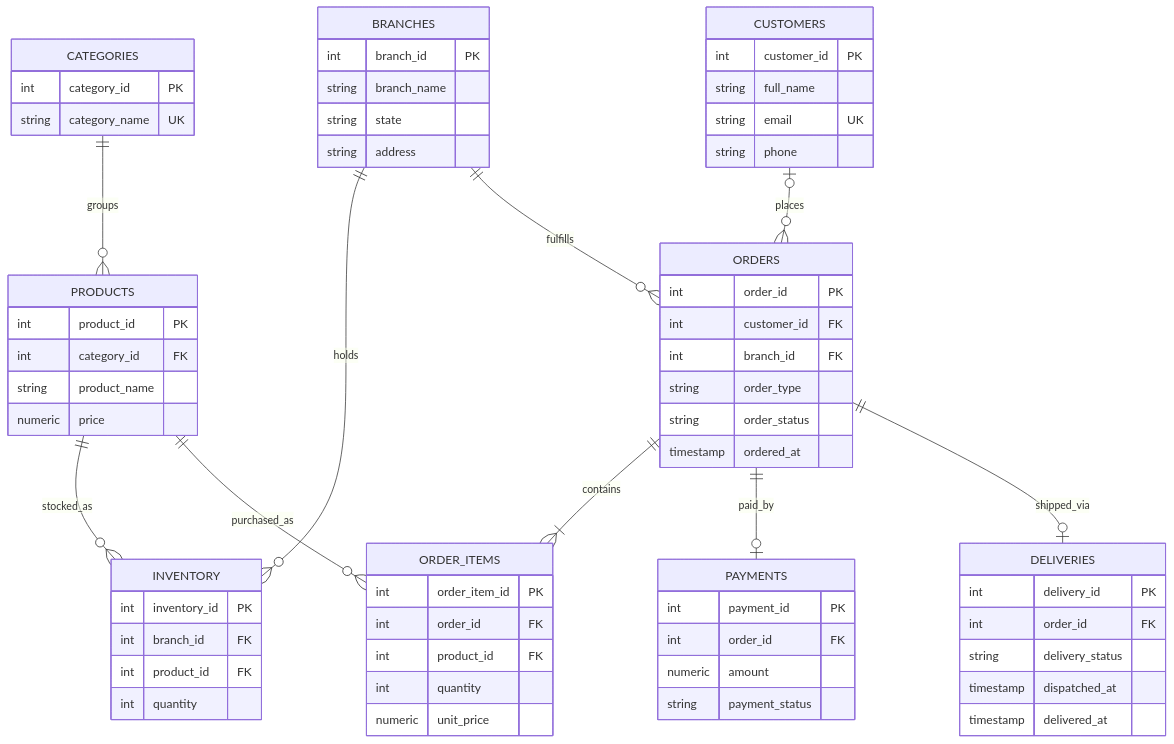
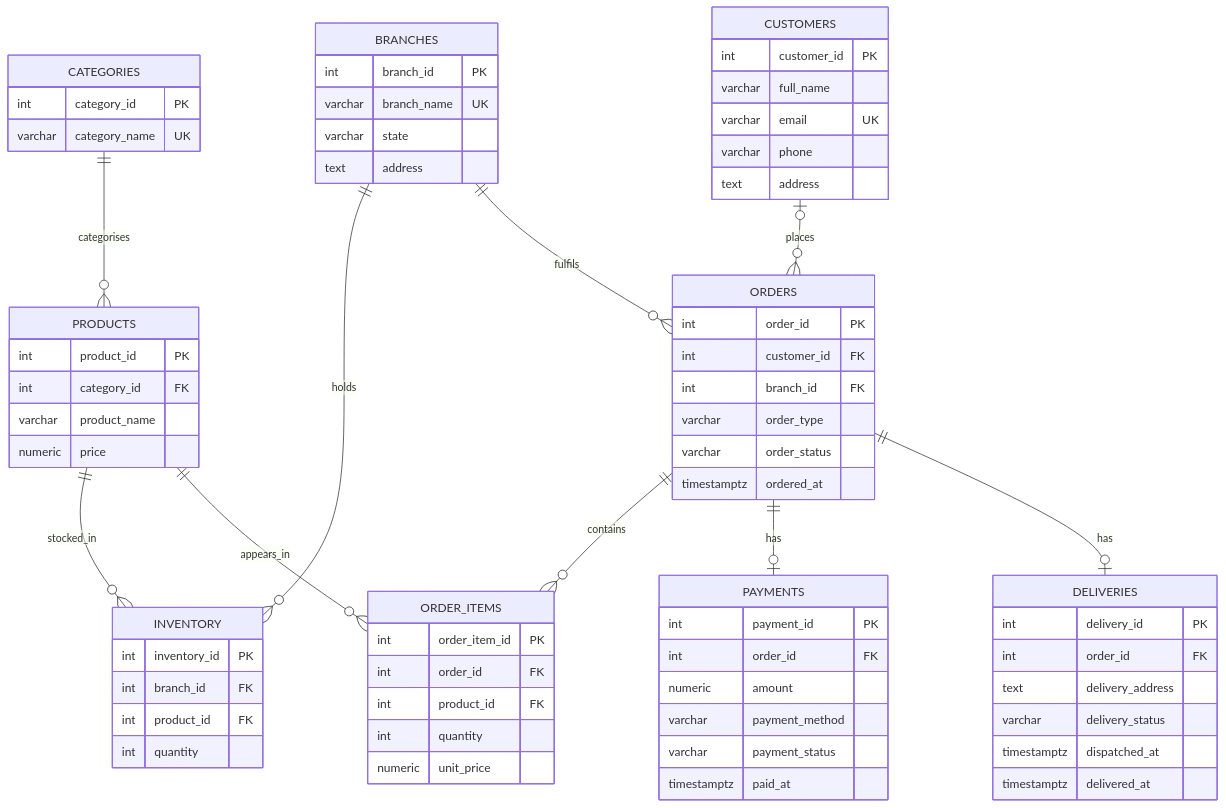
Before and after one commit to Bimbzzyjane/jantora-advanced-database-portfolio: the diagram in portfolio-1-database-design/er-diagram.mmd, drawn with Mermaid. The commit also changed 11 other files, not shown here.

```diff
--- a/portfolio-1-database-design/er-diagram.mmd
+++ b/portfolio-1-database-design/er-diagram.mmd
@@ -1,19 +1,70 @@
 erDiagram
-    CATEGORIES ||--o{ PRODUCTS : groups
-    PRODUCTS ||--o{ INVENTORY : stocked_as
+    CATEGORIES ||--o{ PRODUCTS : categorises
     BRANCHES ||--o{ INVENTORY : holds
+    PRODUCTS ||--o{ INVENTORY : stocked_in
     CUSTOMERS o|--o{ ORDERS : places
-    BRANCHES ||--o{ ORDERS : fulfills
-    ORDERS ||--|{ ORDER_ITEMS : contains
-    PRODUCTS ||--o{ ORDER_ITEMS : purchased_as
-    ORDERS ||--o| PAYMENTS : paid_by
-    ORDERS ||--o| DELIVERIES : shipped_via
-    CATEGORIES { int category_id PK string category_name UK }
-    PRODUCTS { int product_id PK int category_id FK string product_name numeric price }
-    BRANCHES { int branch_id PK string branch_name string state string address }
-    INVENTORY { int inventory_id PK int branch_id FK int product_id FK int quantity }
-    CUSTOMERS { int customer_id PK string full_name string email UK string phone }
-    ORDERS { int order_id PK int customer_id FK int branch_id FK string order_type string order_status timestamp ordered_at }
-    ORDER_ITEMS { int order_item_id PK int order_id FK int product_id FK int quantity numeric unit_price }
-    PAYMENTS { int payment_id PK int order_id FK numeric amount string payment_status }
-    DELIVERIES { int delivery_id PK int order_id FK string delivery_status timestamp dispatched_at timestamp delivered_at }
+    BRANCHES ||--o{ ORDERS : fulfils
+    ORDERS ||--o{ ORDER_ITEMS : contains
+    PRODUCTS ||--o{ ORDER_ITEMS : appears_in
+    ORDERS ||--o| PAYMENTS : has
+    ORDERS ||--o| DELIVERIES : has
+    CATEGORIES {
+        int category_id PK
+        varchar category_name UK
+    }
+    BRANCHES {
+        int branch_id PK
+        varchar branch_name UK
+        varchar state
+        text address
+    }
+    CUSTOMERS {
+        int customer_id PK
+        varchar full_name
+        varchar email UK
+        varchar phone
+        text address
+    }
+    PRODUCTS {
+        int product_id PK
+        int category_id FK
+        varchar product_name
+        numeric price
+    }
+    INVENTORY {
+        int inventory_id PK
+        int branch_id FK
+        int product_id FK
+        int quantity
+    }
+    ORDERS {
+        int order_id PK
+        int customer_id FK
+        int branch_id FK
+        varchar order_type
+        varchar order_status
+        timestamptz ordered_at
+    }
+    ORDER_ITEMS {
+        int order_item_id PK
+        int order_id FK
+        int product_id FK
+        int quantity
+        numeric unit_price
+    }
+    PAYMENTS {
+        int payment_id PK
+        int order_id FK
+        numeric amount
+        varchar payment_method
+        varchar payment_status
+        timestamptz paid_at
+    }
+    DELIVERIES {
+        int delivery_id PK
+        int order_id FK
+        text delivery_address
+        varchar delivery_status
+        timestamptz dispatched_at
+        timestamptz delivered_at
+    }
```
